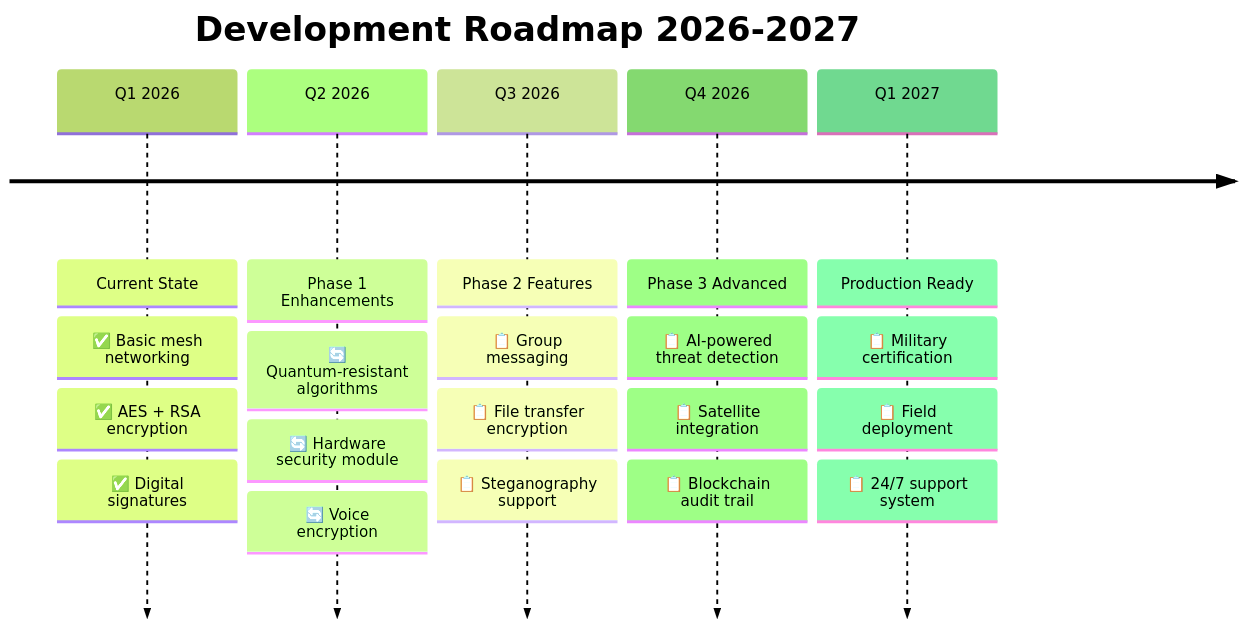
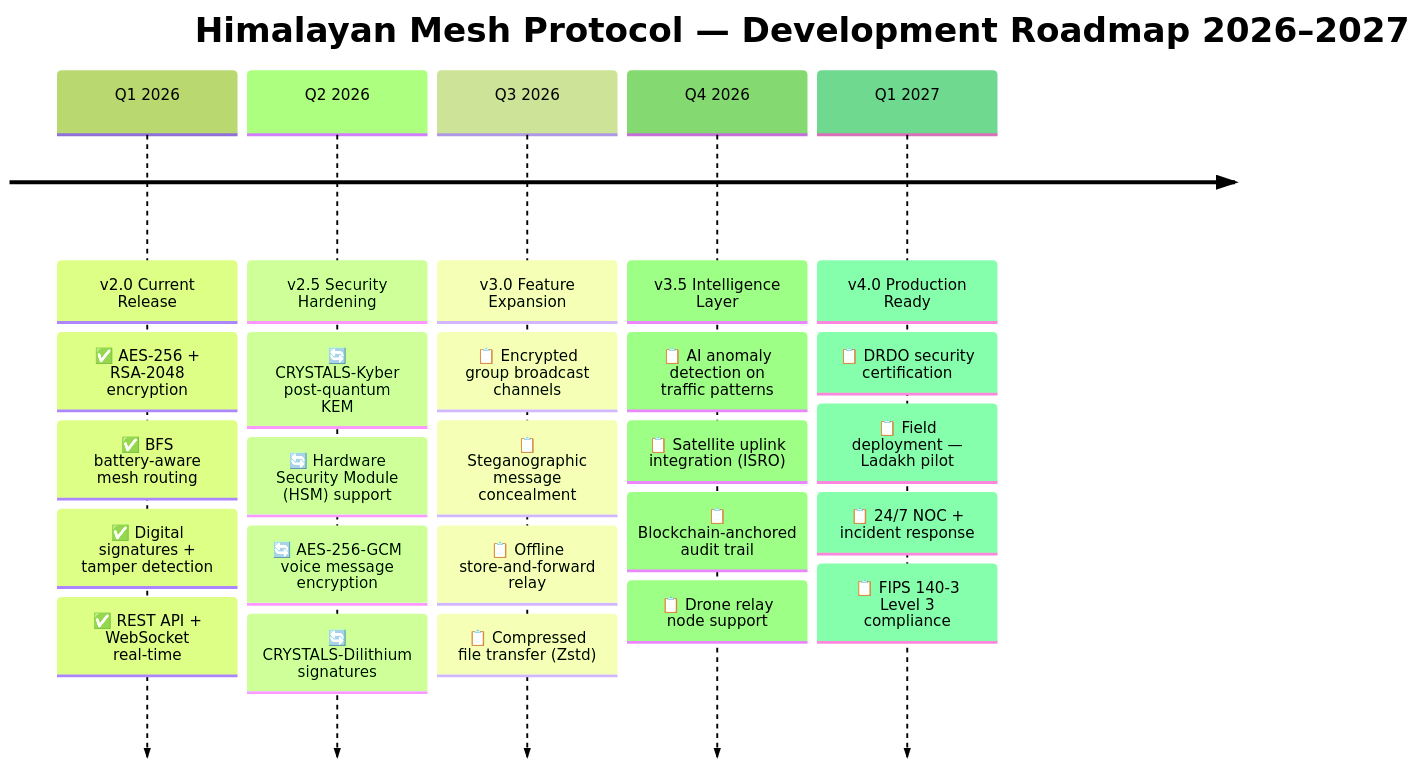
One commit to SiddharthKumar268/Shunya changed the tenth of 11 diagrams in README.md. Above: the diagram before and after it, drawn with Mermaid (forest theme). The commit also changed other lines of this file, not shown here.

````diff
--- a/README.md
+++ b/README.md
@@ -1136,29 +822,34 @@
 ```mermaid
 timeline
-    title Development Roadmap 2026-2027
-    
-    Q1 2026 : Current State
-            : ✅ Basic mesh networking
-            : ✅ AES + RSA encryption
-            : ✅ Digital signatures
-    
-    Q2 2026 : Phase 1 Enhancements
-            : 🔄 Quantum-resistant algorithms
-            : 🔄 Hardware security module
-            : 🔄 Voice encryption
-    
-    Q3 2026 : Phase 2 Features
-            : 📋 Group messaging
-            : 📋 File transfer encryption
-            : 📋 Steganography support
-    
-    Q4 2026 : Phase 3 Advanced
-            : 📋 AI-powered threat detection
-            : 📋 Satellite integration
-            : 📋 Blockchain audit trail
-    
-    Q1 2027 : Production Ready
-            : 📋 Military certification
-            : 📋 Field deployment
-            : 📋 24/7 support system
+    title Himalayan Mesh Protocol — Development Roadmap 2026–2027
+
+    Q1 2026 : v2.0 Current Release
+            : ✅ AES-256 + RSA-2048 encryption
+            : ✅ BFS battery-aware mesh routing
+            : ✅ Digital signatures + tamper detection
+            : ✅ REST API + WebSocket real-time
+
+    Q2 2026 : v2.5 Security Hardening
+            : 🔄 CRYSTALS-Kyber post-quantum KEM
+            : 🔄 Hardware Security Module (HSM) support
+            : 🔄 AES-256-GCM voice message encryption
+            : 🔄 CRYSTALS-Dilithium signatures
+
+    Q3 2026 : v3.0 Feature Expansion
+            : 📋 Encrypted group broadcast channels
+            : 📋 Steganographic message concealment
+            : 📋 Offline store-and-forward relay
+            : 📋 Compressed file transfer (Zstd)
+
+    Q4 2026 : v3.5 Intelligence Layer
+            : 📋 AI anomaly detection on traffic patterns
+            : 📋 Satellite uplink integration (ISRO)
+            : 📋 Blockchain-anchored audit trail
+            : 📋 Drone relay node support
+
+    Q1 2027 : v4.0 Production Ready
+            : 📋 DRDO security certification
+            : 📋 Field deployment — Ladakh pilot
+            : 📋 24/7 NOC + incident response
+            : 📋 FIPS 140-3 Level 3 compliance
 ```
````
